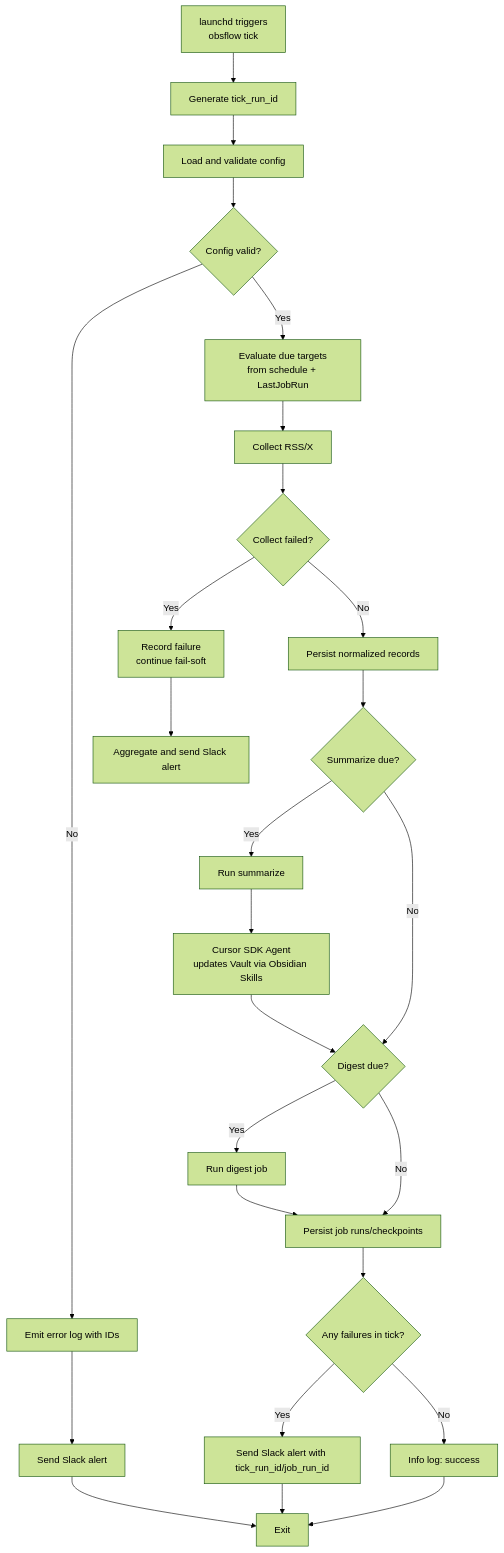
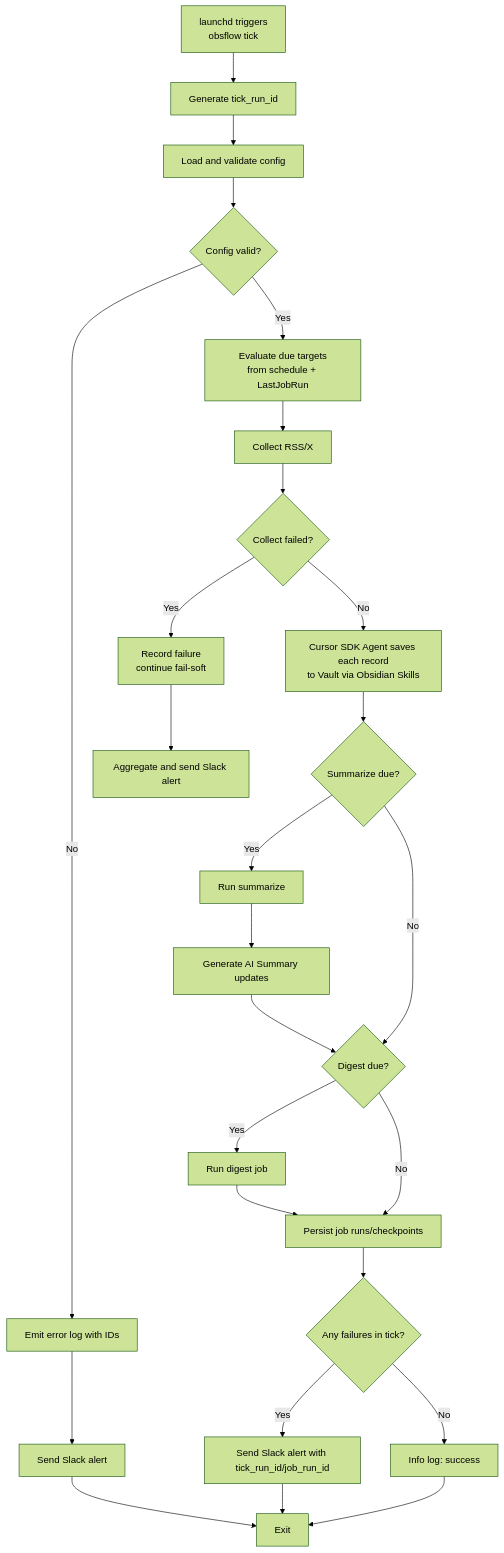
The diagram in DETAILED_DESIGN.md (ken5scal/.allstar), drawn with Mermaid (forest theme) before and after one commit. The commit also changed other lines of this file, not shown here.

Commit message:
Simplify TS structure and align vault save flow

````diff
--- a/DETAILED_DESIGN.md
+++ b/DETAILED_DESIGN.md
@@ -278,32 +272,32 @@
 ```mermaid
 flowchart TD
     A[launchd triggers<br/>obsflow tick] --> B[Generate tick_run_id]
     B --> C[Load and validate config]
     C --> D{Config valid?}
     D -- No --> E[Emit error log with IDs]
     E --> F[Send Slack alert]
     F --> Z[Exit]
     D -- Yes --> G[Evaluate due targets<br/>from schedule + LastJobRun]
 
     G --> H[Collect RSS/X]
     H --> I{Collect failed?}
     I -- Yes --> J[Record failure<br/>continue fail-soft]
     J --> K[Aggregate and send Slack alert]
-    I -- No --> L[Persist normalized records]
+    I -- No --> L[Cursor SDK Agent saves each record<br/>to Vault via Obsidian Skills]
 
     L --> M{Summarize due?}
     M -- Yes --> N[Run summarize]
-    N --> O[Cursor SDK Agent<br/>updates Vault via Obsidian Skills]
+    N --> O[Generate AI Summary updates]
     M -- No --> P{Digest due?}
     O --> P
 
     P -- Yes --> Q[Run digest job]
     P -- No --> R[Persist job runs/checkpoints]
     Q --> R
 
     R --> S{Any failures in tick?}
     S -- Yes --> T[Send Slack alert with tick_run_id/job_run_id]
     S -- No --> U[Info log: success]
     T --> Z
     U --> Z
 ```
````
